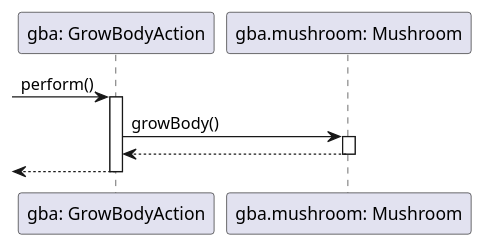
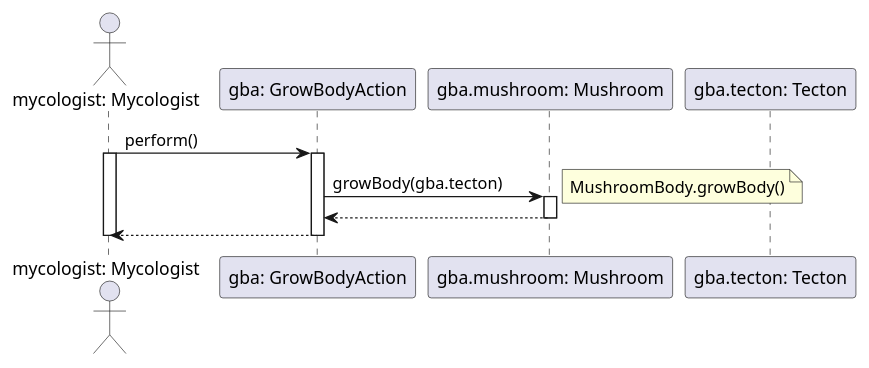
The diagram in diagrams/sequence/action/growBodyAction.wsd (dzsem/projlab), drawn with PlantUML before and after one commit.

Commit message:
Fixed action/growBodyAction

```diff
--- a/diagrams/sequence/action/growBodyAction.wsd
+++ b/diagrams/sequence/action/growBodyAction.wsd
@@ -1,14 +1,22 @@
 @startuml Grow Body Action
+actor "mycologist: Mycologist" as mycologist
 participant "gba: GrowBodyAction" as gba
 participant "gba.mushroom: Mushroom" as m
+participant "gba.tecton: Tecton" as t
 
--> gba: perform()
+mycologist -> gba: perform()
+activate mycologist
 activate gba
-gba -> m: growBody()
+
+gba -> m: growBody(gba.tecton)
 activate m
+note right: MushroomBody.growBody()
+
 m --> gba
 deactivate m
-<-- gba
+
+mycologist <-- gba
 deactivate gba
+deactivate mycologist
 
 @enduml
```
